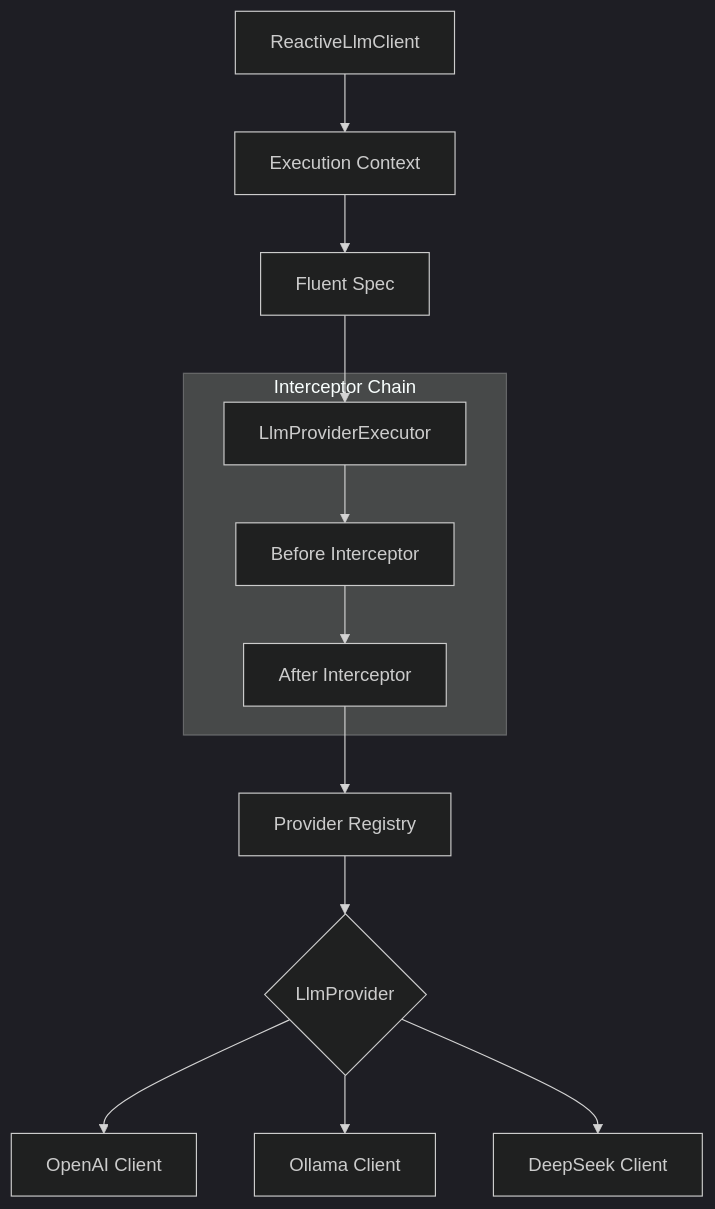
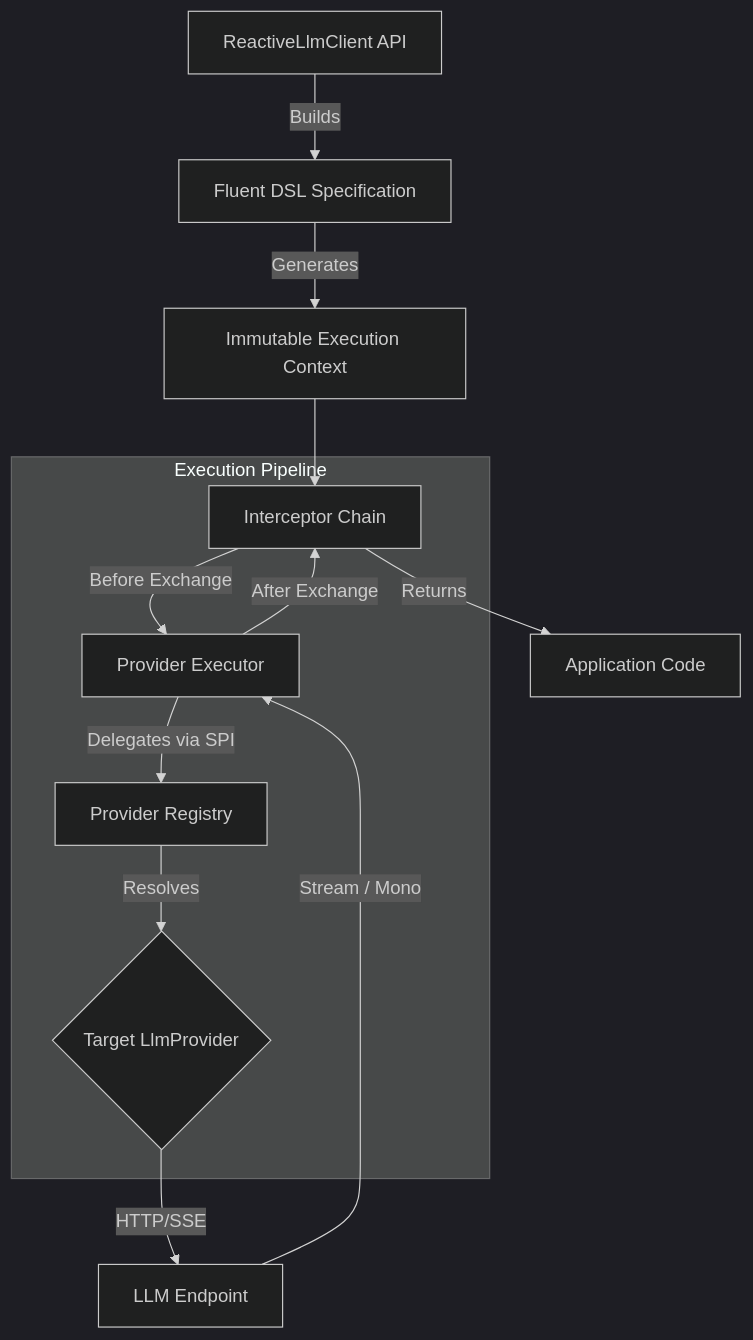
Before and after one commit to chenggangpro/reactive-ai-lite: the diagram in README.md, drawn with Mermaid (dark theme). The commit also changed other lines of this file and 1 other file, not shown here.

````diff
--- a/README.md
+++ b/README.md
@@ -107,18 +128,17 @@
 ```mermaid
 graph TD
-    API[ReactiveLlmClient] --> Context[Execution Context]
-    Context --> Spec[Fluent Spec]
-    Spec --> Executor[LlmProviderExecutor]
+    Client[ReactiveLlmClient API] -->|Builds| Spec[Fluent DSL Specification]
+    Spec -->|Generates| Context[Immutable Execution Context]
+    Context --> InterceptorChain[Interceptor Chain]
     
-    subgraph Interceptor Chain
-        Executor --> Before[Before Interceptor]
-        Before --> After[After Interceptor]
+    subgraph Execution Pipeline
+        InterceptorChain -->|Before Exchange| Executor[Provider Executor]
+        Executor -->|Delegates via SPI| ProviderRegistry[Provider Registry]
+        ProviderRegistry -->|Resolves| Provider{Target LlmProvider}
     end
     
-    After --> Registry[Provider Registry]
-    Registry --> Provider{LlmProvider}
-    
-    Provider --> OpenAI[OpenAI Client]
-    Provider --> Ollama[Ollama Client]
-    Provider --> DeepSeek[DeepSeek Client]
+    Provider -->|HTTP/SSE| LLM[LLM Endpoint]
+    LLM -->|Stream / Mono| Executor
+    Executor -->|After Exchange| InterceptorChain
+    InterceptorChain -->|Returns| Application[Application Code]
 ```
````
